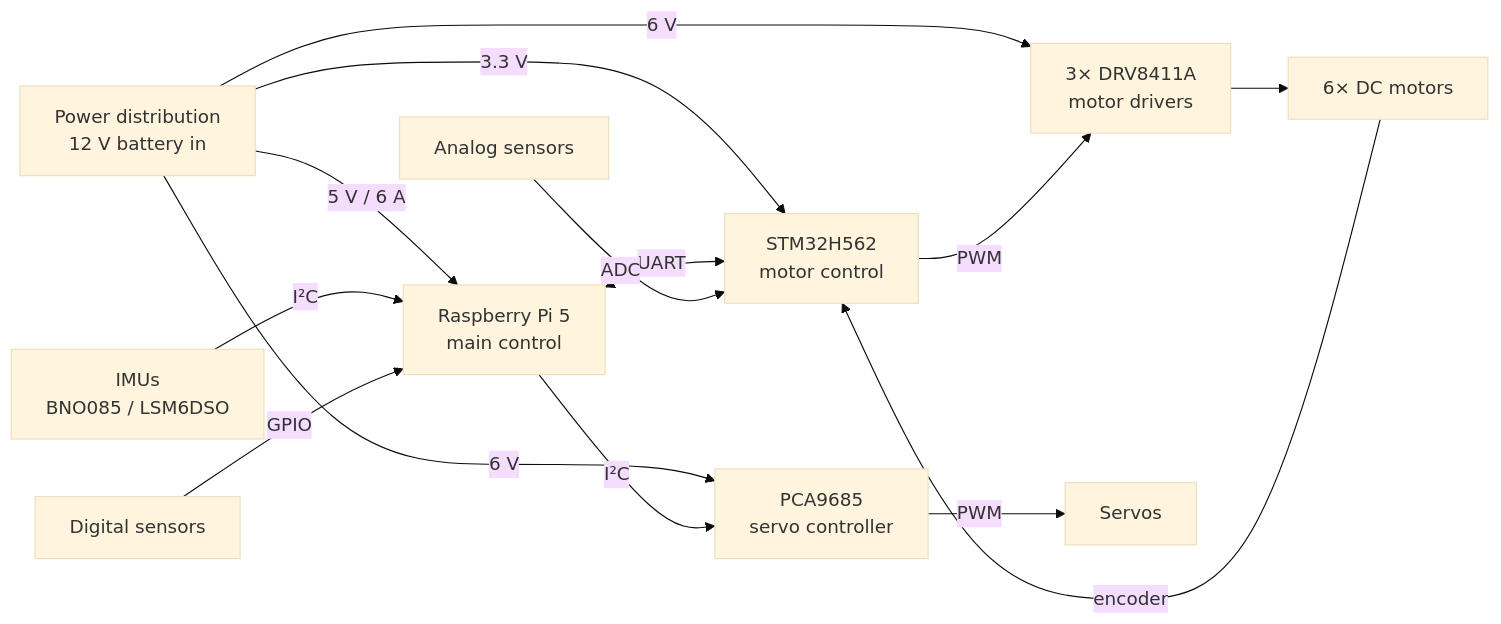
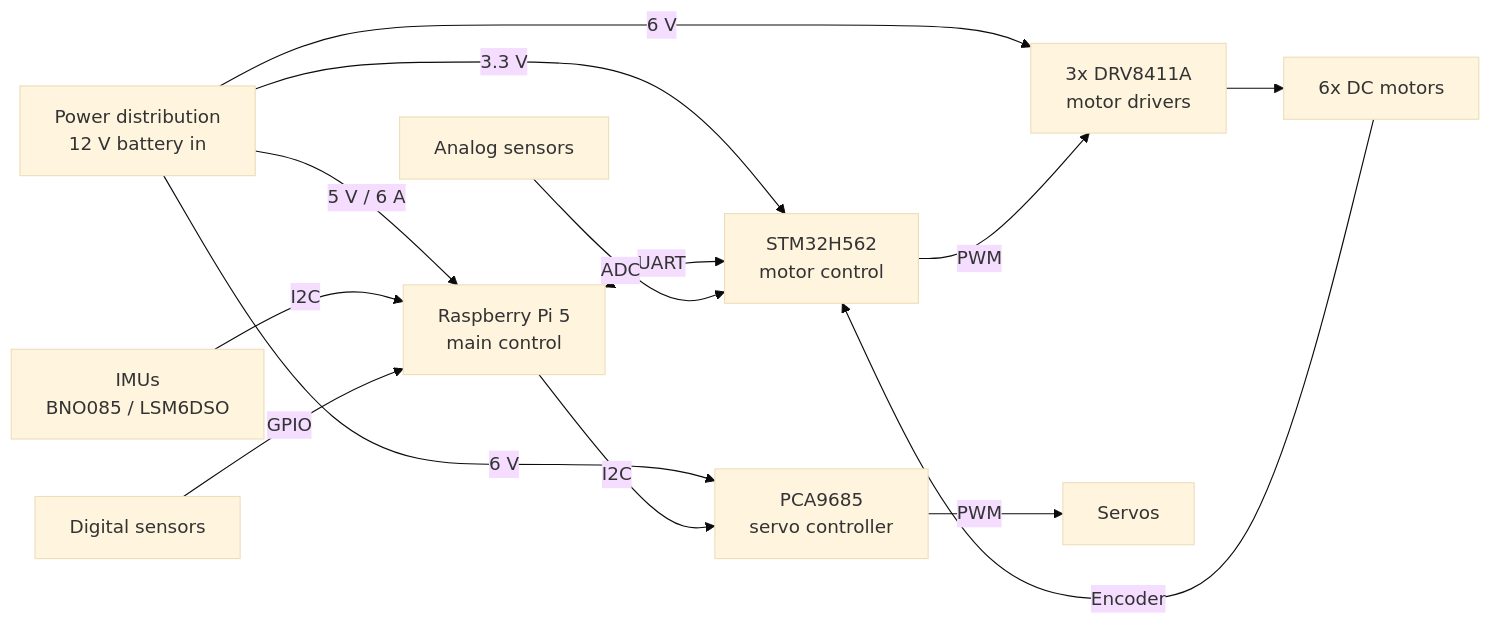
One commit to christoph-hackl/Snackkarotten_Pi_Controller changed the diagram in README.md. Above: the diagram before and after it, drawn with Mermaid (base theme).

Commit message:
Fix architecture diagram rendering on GitHub

````diff
--- a/README.md
+++ b/README.md
@@ -33,25 +33,27 @@
 ```mermaid
 flowchart LR
     PWR["Power distribution<br/>12 V battery in"]
     PI["Raspberry Pi 5<br/>main control"]
     STM["STM32H562<br/>motor control"]
-    DRV["3× DRV8411A<br/>motor drivers"]
-    MOT["6× DC motors"]
+    DRV["3x DRV8411A<br/>motor drivers"]
+    MOT["6x DC motors"]
     PCA["PCA9685<br/>servo controller"]
     SRV["Servos"]
     IMU["IMUs<br/>BNO085 / LSM6DSO"]
     DIG["Digital sensors"]
     ANA["Analog sensors"]
 
-    PWR -- "5 V / 6 A" --> PI
-    PWR -- "3.3 V" --> STM
-    PWR -- "6 V" --> DRV
-    PWR -- "6 V" --> PCA
-    PI <-- UART --> STM
-    STM -- PWM --> DRV --> MOT
-    MOT -- encoder --> STM
-    ANA -- ADC --> STM
-    PI -- I²C --> PCA -- PWM --> SRV
-    IMU -- I²C --> PI
-    DIG -- GPIO --> PI
+    PWR -->|"5 V / 6 A"| PI
+    PWR -->|"3.3 V"| STM
+    PWR -->|"6 V"| DRV
+    PWR -->|"6 V"| PCA
+    PI <-->|"UART"| STM
+    STM -->|"PWM"| DRV
+    DRV --> MOT
+    MOT -->|"Encoder"| STM
+    ANA -->|"ADC"| STM
+    PI -->|"I2C"| PCA
+    PCA -->|"PWM"| SRV
+    IMU -->|"I2C"| PI
+    DIG -->|"GPIO"| PI
 ```
````
